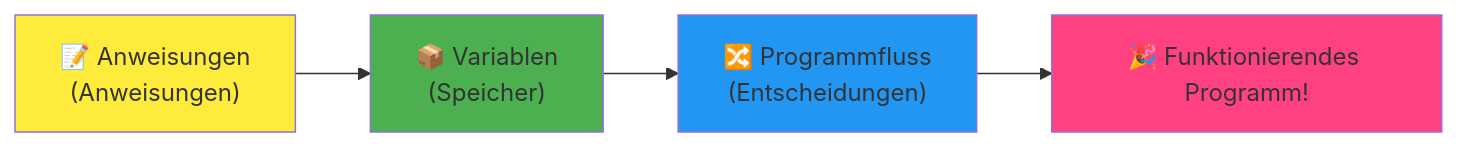
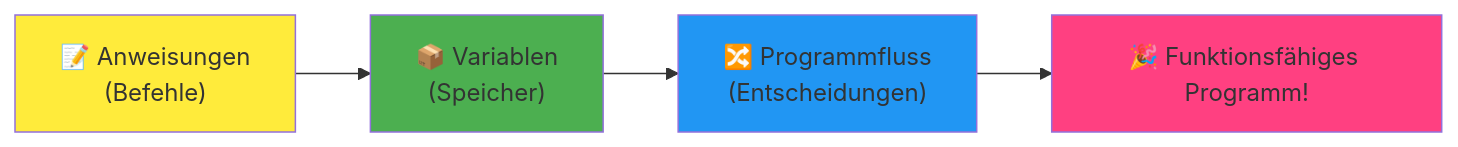
Before and after one commit to microsoft/Web-Dev-For-Beginners: the fourth of 7 diagrams in translations/de/1-getting-started-lessons/1-intro-to-programming-languages/README.md, drawn with Mermaid. The commit also changed other lines of this file and 8 other files, not shown here.

````diff
--- a/translations/de/1-getting-started-lessons/1-intro-to-programming-languages/README.md
+++ b/translations/de/1-getting-started-lessons/1-intro-to-programming-languages/README.md
@@ -465,9 +467,9 @@
 ```mermaid
 flowchart LR
-    A["📝 Anweisungen<br/>(Anweisungen)"] --> B["📦 Variablen<br/>(Speicher)"] --> C["🔀 Programmfluss<br/>(Entscheidungen)"] --> D["🎉 Funktionierendes Programm!"]
+    A["📝 Anweisungen<br/>(Befehle)"] --> B["📦 Variablen<br/>(Speicher)"] --> C["🔀 Programmfluss<br/>(Entscheidungen)"] --> D["🎉 Funktionsfähiges Programm!"]
     
     style A fill:#ffeb3b
     style B fill:#4caf50
     style C fill:#2196f3
     style D fill:#ff4081
-```  
+```
````
